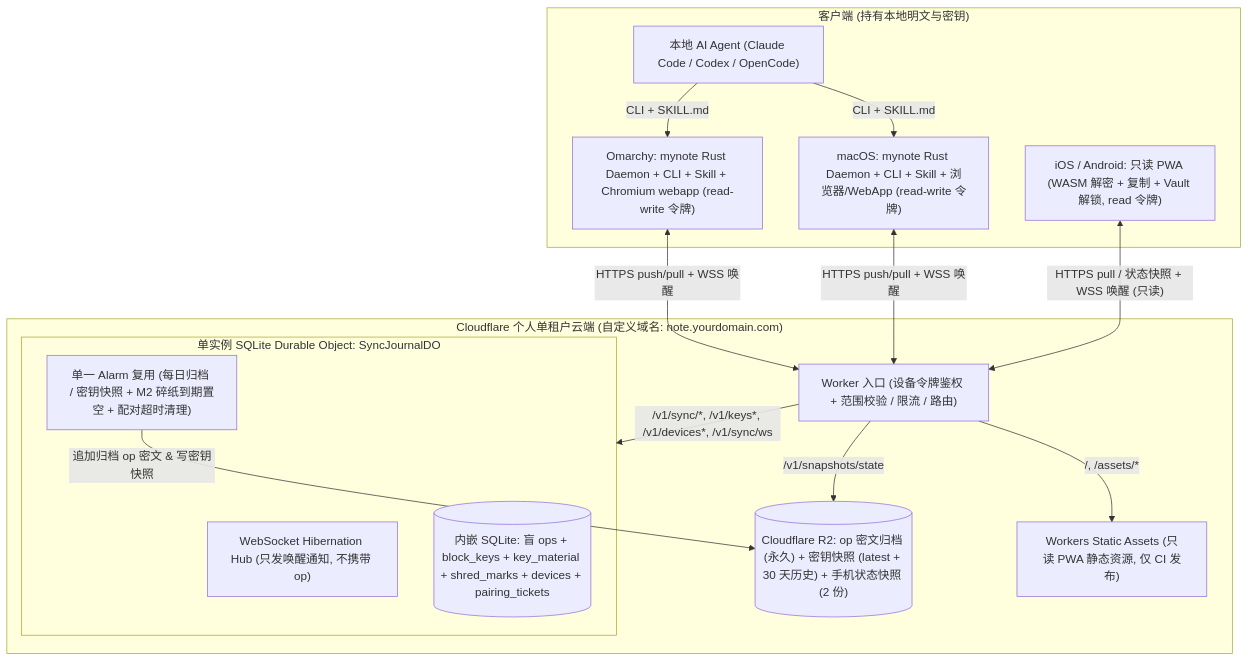
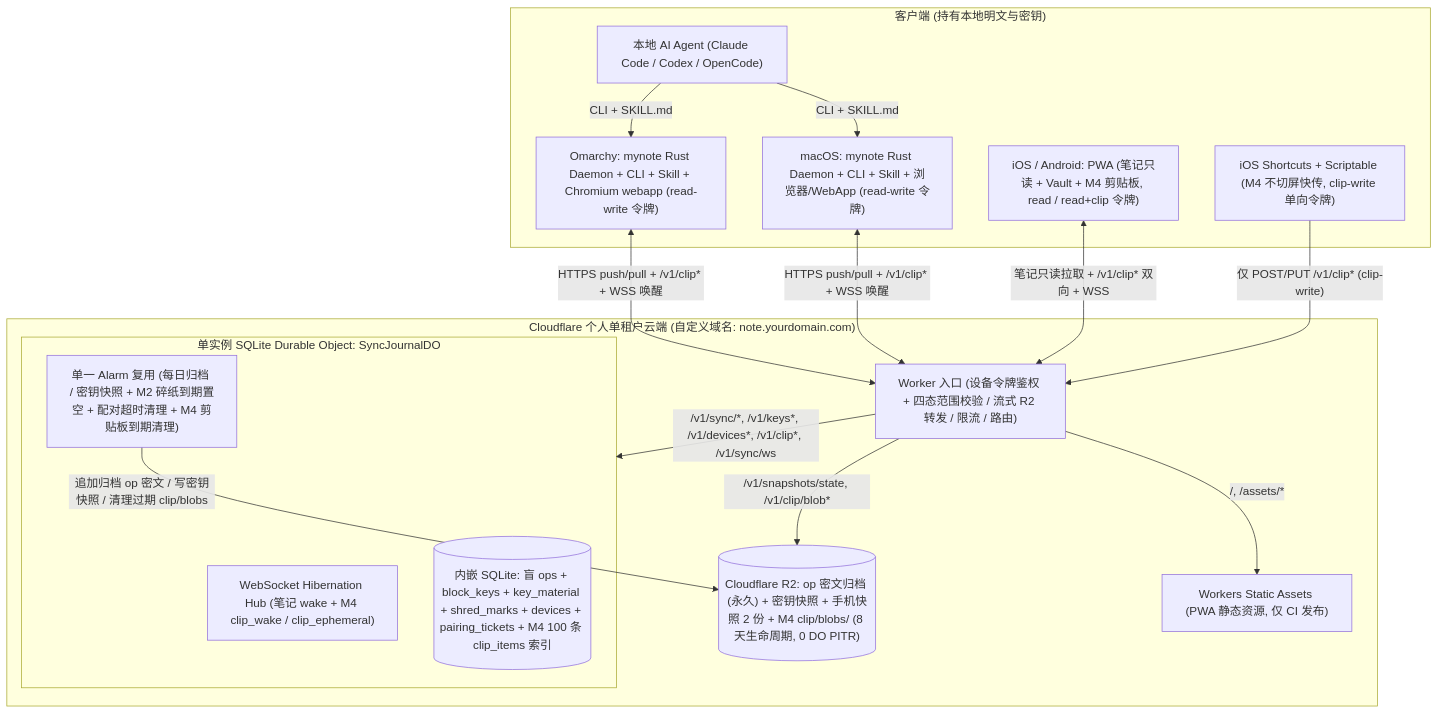
The diagram in docs/cloudflare-cloud-architecture.md (gray0128/my-note), drawn with Mermaid before and after one commit. The commit also changed other lines of this file and 10 other files, not shown here.

````diff
--- a/docs/cloudflare-cloud-architecture.md
+++ b/docs/cloudflare-cloud-architecture.md
@@ -66,33 +66,35 @@
 ```mermaid
 flowchart TD
     subgraph Clients["客户端 (持有本地明文与密钥)"]
         Mac["macOS: mynote Rust Daemon + CLI + Skill + 浏览器/WebApp (read-write 令牌)"]
         Linux["Omarchy: mynote Rust Daemon + CLI + Skill + Chromium webapp (read-write 令牌)"]
-        Phone["iOS / Android: 只读 PWA (WASM 解密 + 复制 + Vault 解锁, read 令牌)"]
+        Phone["iOS / Android: PWA (笔记只读 + Vault + M4 剪贴板, read / read+clip 令牌)"]
+        SC["iOS Shortcuts + Scriptable (M4 不切屏快传, clip-write 单向令牌)"]
         Agent["本地 AI Agent (Claude Code / Codex / OpenCode)"]
         Agent -->|"CLI + SKILL.md"| Mac
         Agent -->|"CLI + SKILL.md"| Linux
     end
 
     subgraph CF["Cloudflare 个人单租户云端 (自定义域名: note.yourdomain.com)"]
-        Edge["Worker 入口 (设备令牌鉴权 + 范围校验 / 限流 / 路由)"]
-        Assets["Workers Static Assets (只读 PWA 静态资源, 仅 CI 发布)"]
+        Edge["Worker 入口 (设备令牌鉴权 + 四态范围校验 / 流式 R2 转发 / 限流 / 路由)"]
+        Assets["Workers Static Assets (PWA 静态资源, 仅 CI 发布)"]
 
         subgraph DO_Box["单实例 SQLite Durable Object: SyncJournalDO"]
-            WS["WebSocket Hibernation Hub (只发唤醒通知, 不携带 op)"]
-            SQL[("内嵌 SQLite: 盲 ops + block_keys + key_material + shred_marks + devices + pairing_tickets")]
-            Alarm["单一 Alarm 复用 (每日归档 / 密钥快照 + M2 碎纸到期置空 + 配对超时清理)"]
+            WS["WebSocket Hibernation Hub (笔记 wake + M4 clip_wake / clip_ephemeral)"]
+            SQL[("内嵌 SQLite: 盲 ops + block_keys + key_material + shred_marks + devices + pairing_tickets + M4 100 条 clip_items 索引")]
+            Alarm["单一 Alarm 复用 (每日归档 / 密钥快照 + M2 碎纸到期置空 + 配对超时清理 + M4 剪贴板到期清理)"]
         end
 
-        R2[("Cloudflare R2: op 密文归档 (永久) + 密钥快照 (latest + 30 天历史) + 手机状态快照 (2 份)")]
+        R2[("Cloudflare R2: op 密文归档 (永久) + 密钥快照 + 手机快照 2 份 + M4 clip/blobs/ (8 天生命周期, 0 DO PITR)")]
 
         Edge -->|"/, /assets/*"| Assets
-        Edge -->|"/v1/sync/*, /v1/keys*, /v1/devices*, /v1/sync/ws"| DO_Box
-        Edge -->|"/v1/snapshots/state"| R2
-        Alarm -->|"追加归档 op 密文 & 写密钥快照"| R2
+        Edge -->|"/v1/sync/*, /v1/keys*, /v1/devices*, /v1/clip*, /v1/sync/ws"| DO_Box
+        Edge -->|"/v1/snapshots/state, /v1/clip/blob*"| R2
+        Alarm -->|"追加归档 op 密文 / 写密钥快照 / 清理过期 clip/blobs"| R2
     end
 
-    Mac <-->|"HTTPS push/pull + WSS 唤醒"| Edge
-    Linux <-->|"HTTPS push/pull + WSS 唤醒"| Edge
-    Phone <-->|"HTTPS pull / 状态快照 + WSS 唤醒 (只读)"| Edge
+    Mac <-->|"HTTPS push/pull + /v1/clip* + WSS 唤醒"| Edge
+    Linux <-->|"HTTPS push/pull + /v1/clip* + WSS 唤醒"| Edge
+    Phone <-->|"笔记只读拉取 + /v1/clip* 双向 + WSS"| Edge
+    SC -->|"仅 POST/PUT /v1/clip* (clip-write)"| Edge
 ```
````
